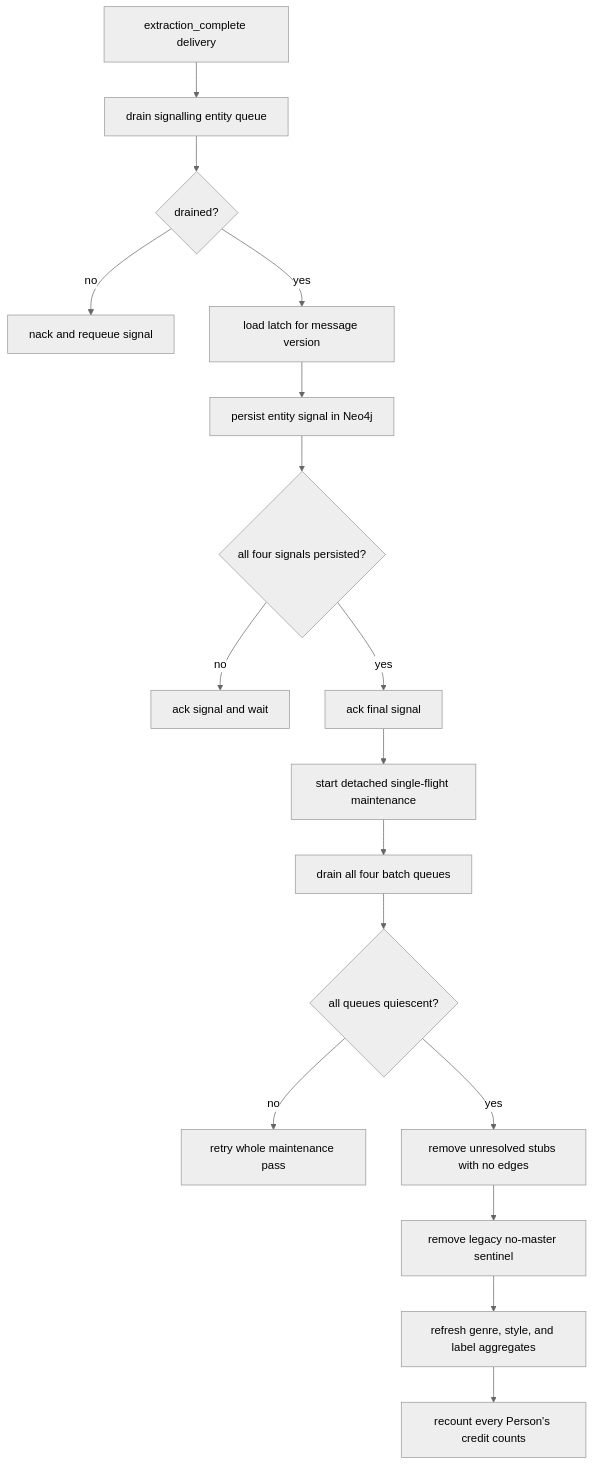
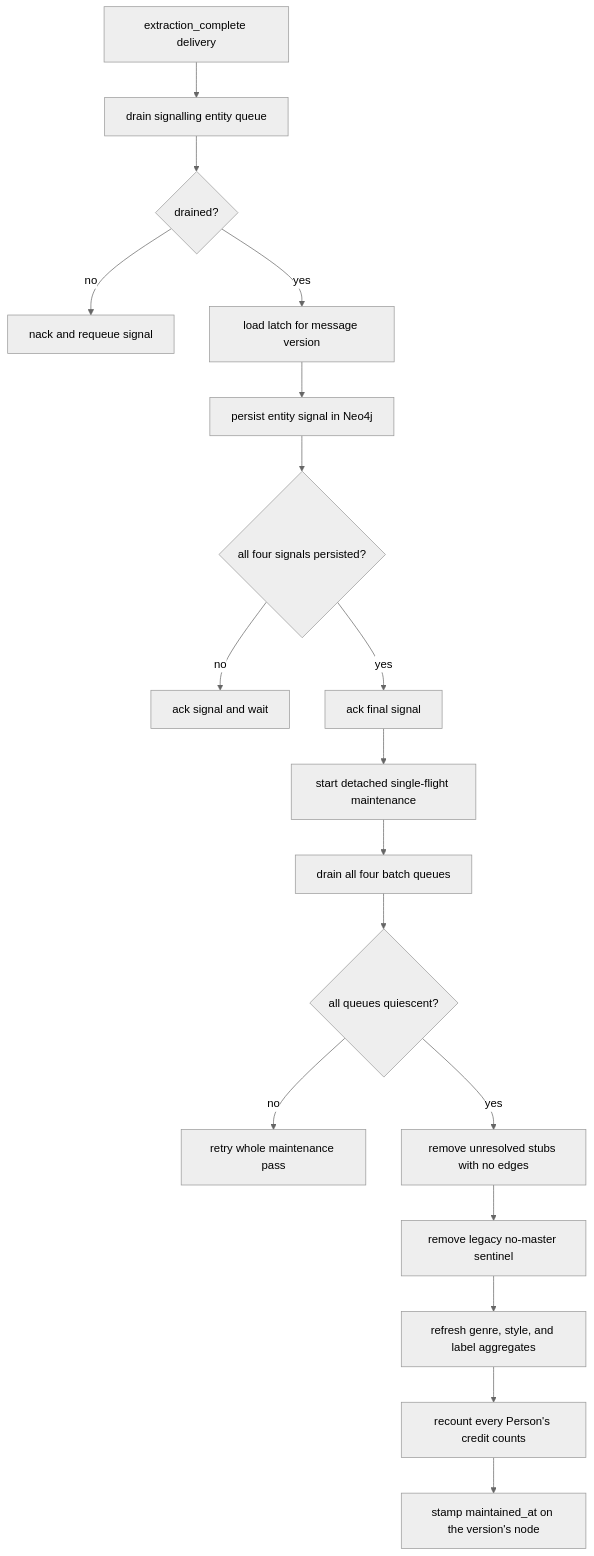
The diagram in docs/file-completion-tracking.md (groovemap-music/discogs-graph-enricher), drawn with Mermaid (neutral theme) before and after one commit. The commit also changed other lines of this file and 5 other files, not shown here.

First line of the commit message:
feat(graphinator): stamp ExtractionCompletion.maintained_at when post-import maintenance completes

````diff
--- a/docs/file-completion-tracking.md
+++ b/docs/file-completion-tracking.md
@@ -24,19 +24,20 @@
 ```mermaid
 flowchart TD
     A[extraction_complete delivery] --> B[drain signalling entity queue]
     B --> C{drained?}
     C -->|no| D[nack and requeue signal]
     C -->|yes| E[load latch for message version]
     E --> F[persist entity signal in Neo4j]
     F --> G{all four signals persisted?}
     G -->|no| H[ack signal and wait]
     G -->|yes| I[ack final signal]
     I --> J[start detached single-flight maintenance]
     J --> K[drain all four batch queues]
     K --> L{all queues quiescent?}
     L -->|no| M[retry whole maintenance pass]
     L -->|yes| N[remove unresolved stubs with no edges]
     N --> S[remove legacy no-master sentinel]
     S --> O[refresh genre, style, and label aggregates]
     O --> P[recount every Person's credit counts]
+    P --> Q[stamp maintained_at on the version's node]
 ```
````
